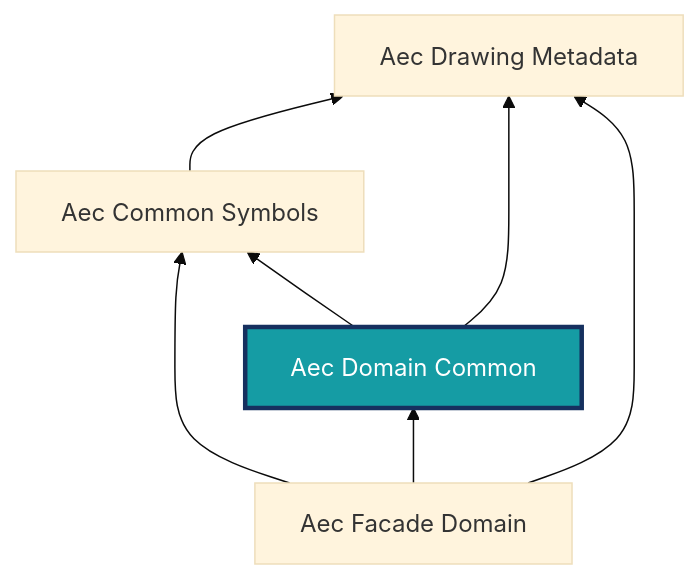
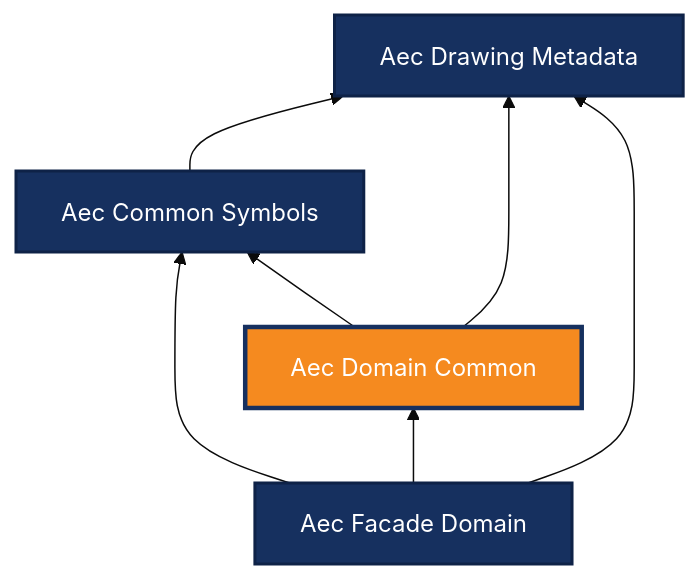
The diagram in docs/ontologies/aec_domain_common.md (BuroHappoldMachineLearning/ADIRO), drawn with Mermaid (base theme) before and after one commit. The commit also changed 5 other files, not shown here.

First line of the commit message:
docs: orange highlight for current ontology, blue for others in diagrams

````diff
--- a/docs/ontologies/aec_domain_common.md
+++ b/docs/ontologies/aec_domain_common.md
@@ -17,15 +17,17 @@
 ```mermaid
 graph BT
     aec_drawing_metadata["Aec Drawing Metadata"]
     aec_common_symbols["Aec Common Symbols"]
     aec_domain_common["Aec Domain Common"]
     aec_facade_domain["Aec Facade Domain"]
     aec_common_symbols --> aec_drawing_metadata
     aec_domain_common --> aec_common_symbols
     aec_domain_common --> aec_drawing_metadata
     aec_facade_domain --> aec_common_symbols
     aec_facade_domain --> aec_domain_common
     aec_facade_domain --> aec_drawing_metadata
-    classDef highlight fill:#159ca4,stroke:#16305f,stroke-width:3px,color:#ffffff;
-    class aec_domain_common highlight;
+    classDef base fill:#16305f,stroke:#0e2247,stroke-width:2px,color:#ffffff;
+    class aec_drawing_metadata,aec_common_symbols,aec_facade_domain base;
+    classDef current fill:#f58a1f,stroke:#16305f,stroke-width:3px,color:#ffffff;
+    class aec_domain_common current;
 ```
````
